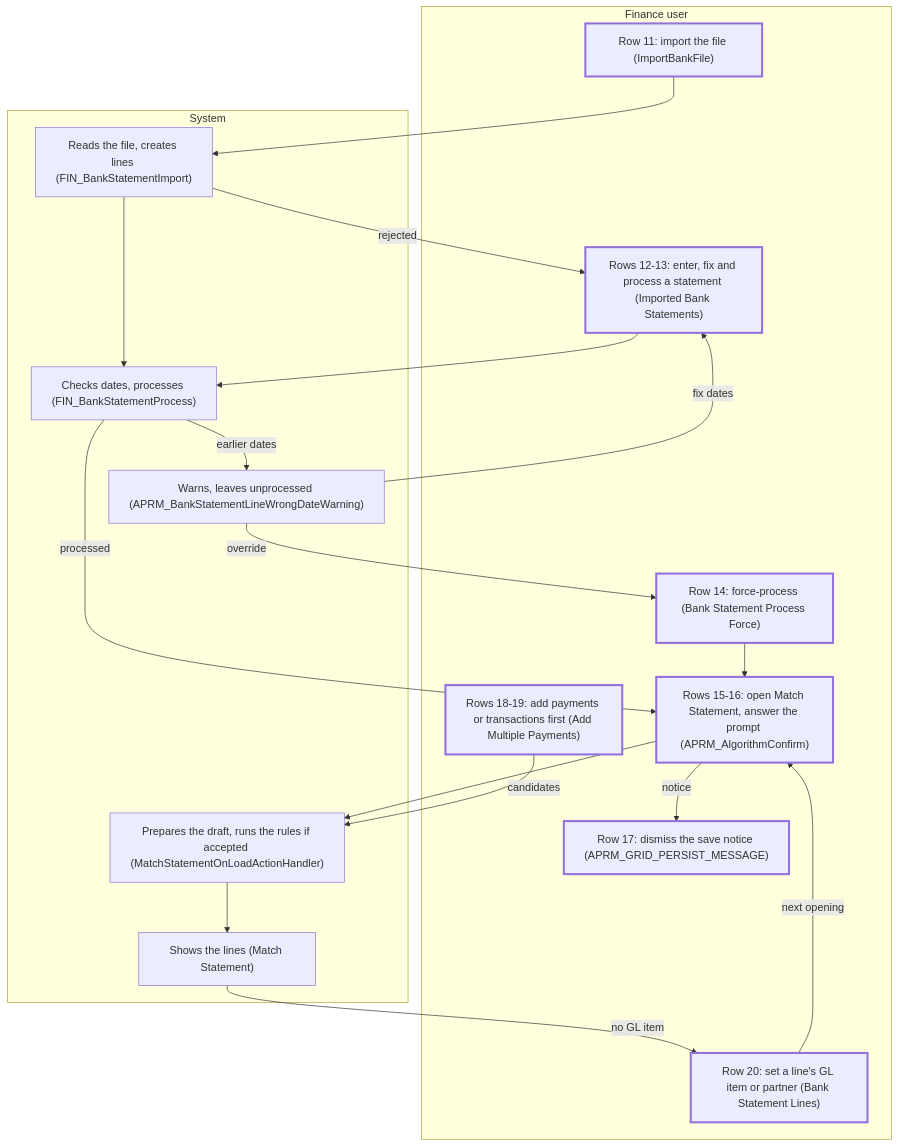
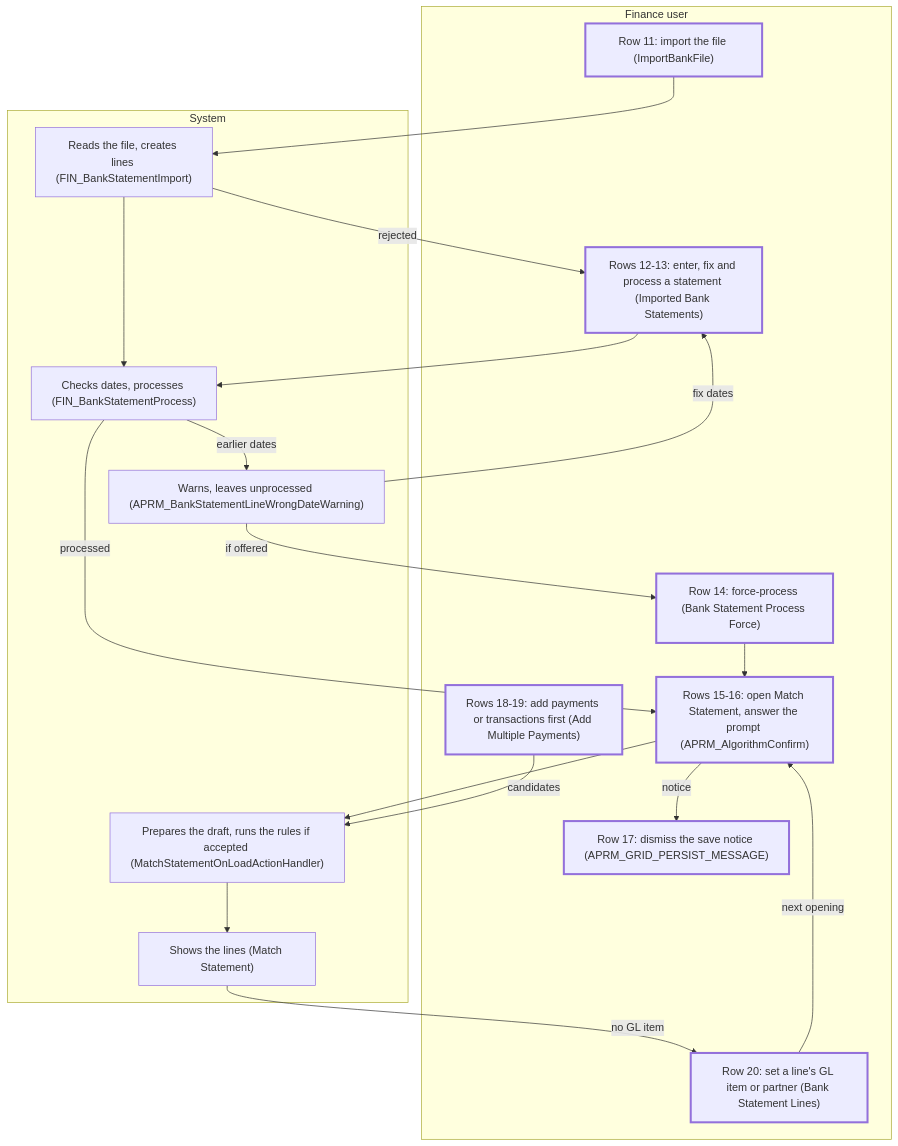
Before and after one commit to blitzy-public-samples/openbravo-erp: the fifth of 9 diagrams in docs/analysis/analysis-1-current-state-reconciliation.md, drawn with Mermaid. The commit also changed other lines of this file and 1 other file, not shown here.

````diff
--- a/docs/analysis/analysis-1-current-state-reconciliation.md
+++ b/docs/analysis/analysis-1-current-state-reconciliation.md
@@ -251,36 +255,36 @@
 ```mermaid
 flowchart TB
   subgraph People["Finance user"]
     M11["Row 11: import the file (ImportBankFile)"]
     M12["Rows 12-13: enter, fix and process a statement (Imported Bank Statements)"]
     M14["Row 14: force-process (Bank Statement Process Force)"]
     M15["Rows 15-16: open Match Statement, answer the prompt (APRM_AlgorithmConfirm)"]
     M17["Row 17: dismiss the save notice (APRM_GRID_PERSIST_MESSAGE)"]
     M18["Rows 18-19: add payments or transactions first (Add Multiple Payments)"]
     M20["Row 20: set a line's GL item or partner (Bank Statement Lines)"]
   end
   subgraph System["System"]
     S1["Reads the file, creates lines (FIN_BankStatementImport)"]
     S2["Checks dates, processes (FIN_BankStatementProcess)"]
     S3["Warns, leaves unprocessed (APRM_BankStatementLineWrongDateWarning)"]
     S4["Prepares the draft, runs the rules if accepted (MatchStatementOnLoadActionHandler)"]
     S5["Shows the lines (Match Statement)"]
   end
   M11 --> S1
   S1 -->|"rejected"| M12
   S1 --> S2
   M12 --> S2
   S2 -->|"earlier dates"| S3
   S3 -->|"fix dates"| M12
-  S3 -->|"override"| M14
+  S3 -->|"if offered"| M14
   S2 -->|"processed"| M15
   M14 --> M15
   M15 -->|"notice"| M17
   M15 --> S4
   M18 -->|"candidates"| S4
   S4 --> S5
   S5 -->|"no GL item"| M20
   M20 -->|"next opening"| M15
   classDef manual stroke-width:3px
   class M11,M12,M14,M15,M17,M18,M20 manual
 ```
````
